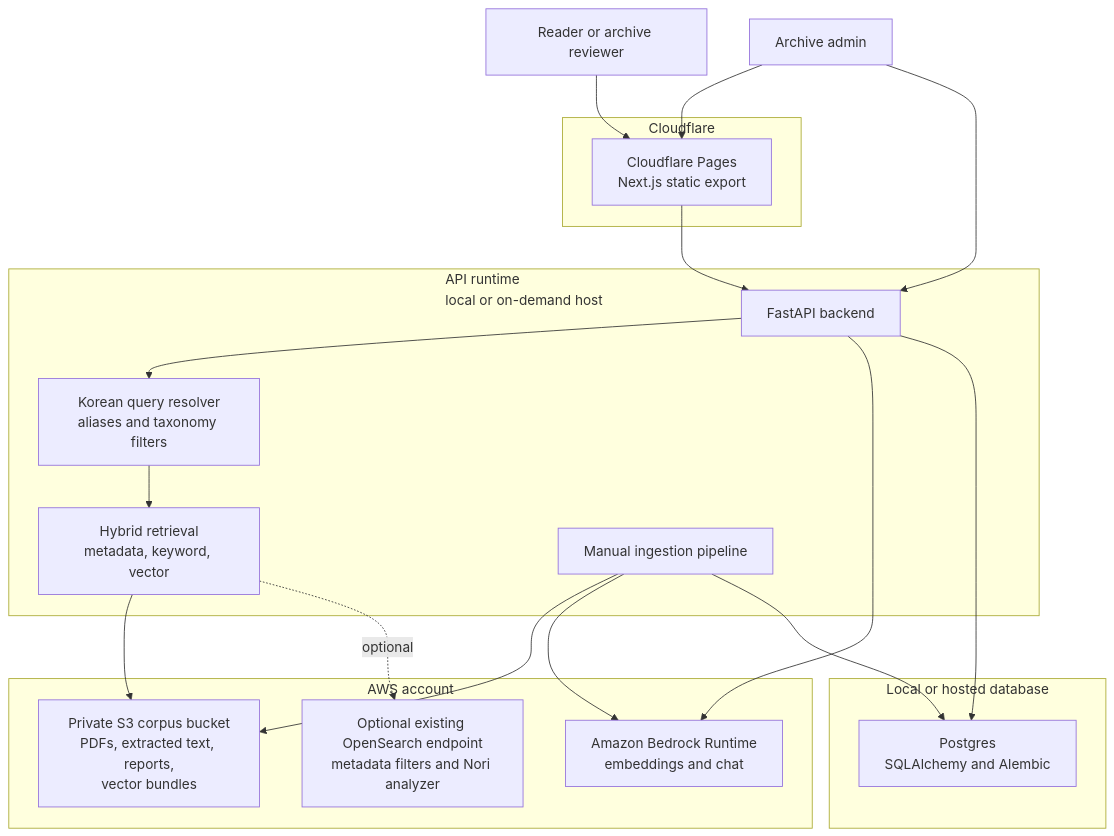
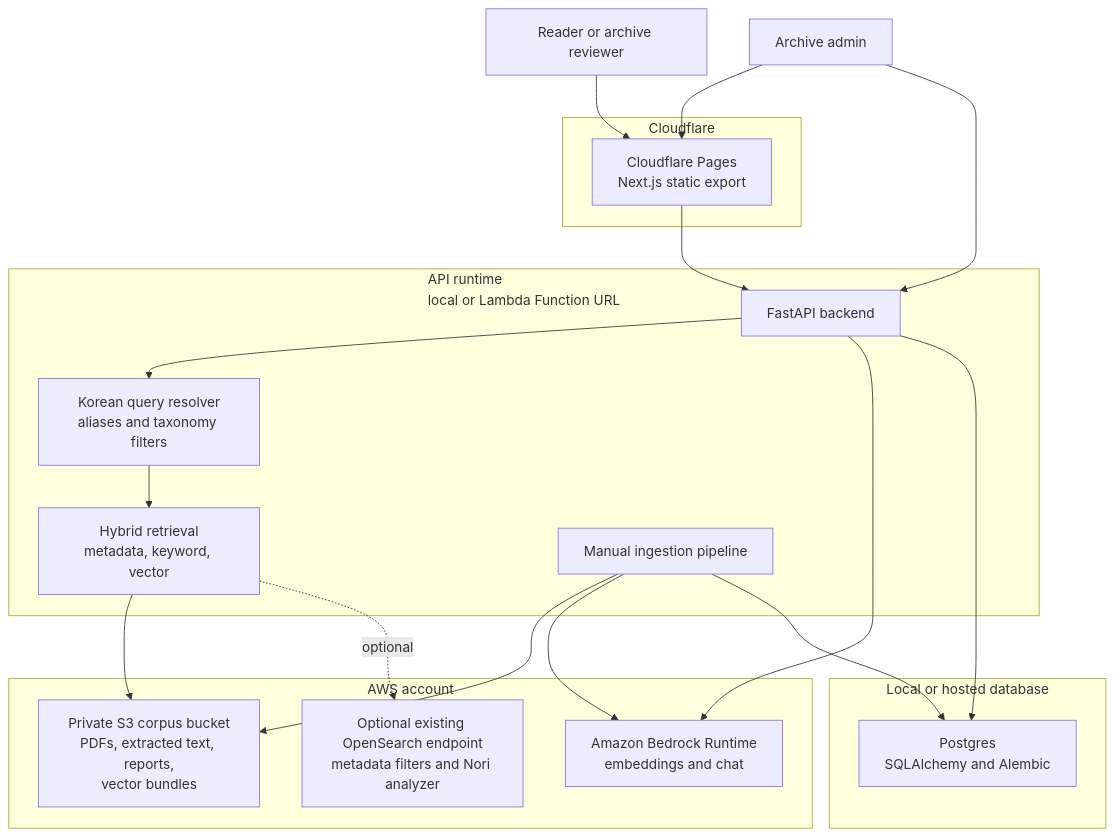
The first of 3 diagrams in docs/architecture.md (manynames3/health1004), drawn with Mermaid before and after one commit. The commit also changed other lines of this file and 13 other files, not shown here.

Commit message:
Add low-cost Lambda API deployment

````diff
--- a/docs/architecture.md
+++ b/docs/architecture.md
@@ -7,40 +7,40 @@
 ```mermaid
 flowchart TB
     User["Reader or archive reviewer"]
     Admin["Archive admin"]
 
     subgraph Edge["Cloudflare"]
         Pages["Cloudflare Pages\nNext.js static export"]
     end
 
-    subgraph App["API runtime\nlocal or on-demand host"]
+    subgraph App["API runtime\nlocal or Lambda Function URL"]
         FastAPI["FastAPI backend"]
         Resolver["Korean query resolver\naliases and taxonomy filters"]
         Retriever["Hybrid retrieval\nmetadata, keyword, vector"]
         Ingestion["Manual ingestion pipeline"]
     end
 
     subgraph AWS["AWS account"]
         S3["Private S3 corpus bucket\nPDFs, extracted text, reports,\nvector bundles"]
         Bedrock["Amazon Bedrock Runtime\nembeddings and chat"]
         OpenSearch["Optional existing OpenSearch endpoint\nmetadata filters and Nori analyzer"]
     end
 
     subgraph Data["Local or hosted database"]
         Postgres["Postgres\nSQLAlchemy and Alembic"]
     end
 
     User --> Pages
     Pages --> FastAPI
     Admin --> Pages
     Admin --> FastAPI
     FastAPI --> Resolver
     Resolver --> Retriever
     Retriever --> S3
     Retriever -. optional .-> OpenSearch
     FastAPI --> Bedrock
     FastAPI --> Postgres
     Ingestion --> S3
     Ingestion --> Bedrock
     Ingestion --> Postgres
 ```
````
